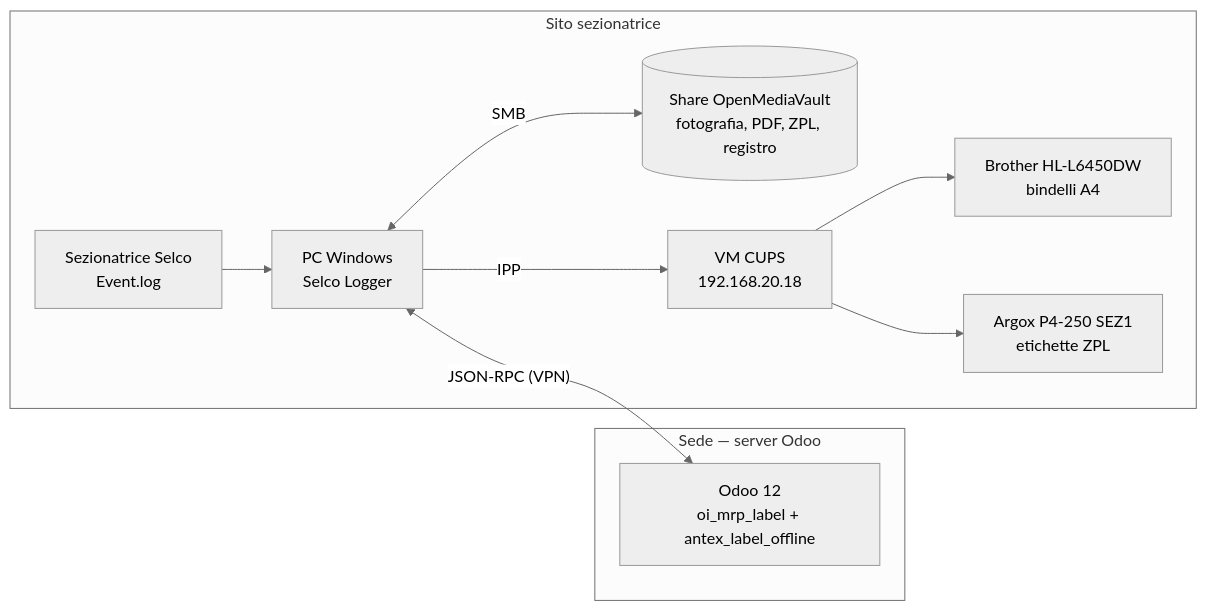
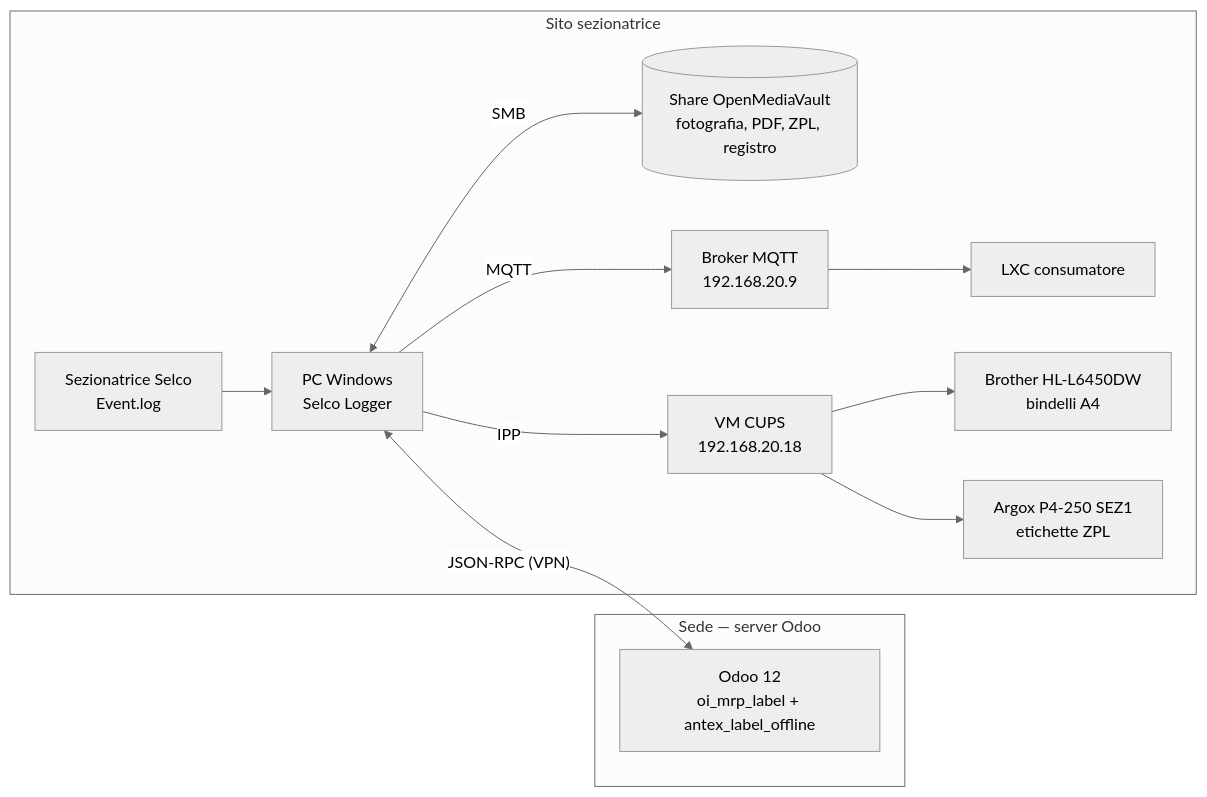
One commit to antexsrl/selco_offline changed the second of 4 diagrams in docs/progetto.md. Above: the diagram before and after it, drawn with Mermaid (neutral theme). The commit also changed other lines of this file and 9 other files, not shown here.

````diff
--- a/docs/progetto.md
+++ b/docs/progetto.md
@@ -110,20 +111,24 @@
 ```mermaid
 flowchart LR
     subgraph SEDE["Sede — server Odoo"]
         ODOO["Odoo 12<br/>oi_mrp_label + antex_label_offline"]
     end
     subgraph SITO["Sito sezionatrice"]
         SELCO["Sezionatrice Selco<br/>Event.log"]
         PC["PC Windows<br/>Selco Logger"]
         OMV[("Share OpenMediaVault<br/>fotografia, PDF, ZPL, registro")]
         CUPS["VM CUPS<br/>192.168.20.18"]
+        MQTT["Broker MQTT<br/>192.168.20.9"]
+        LXC["LXC consumatore"]
         BRO["Brother HL-L6450DW<br/>bindelli A4"]
         ARG["Argox P4-250 SEZ1<br/>etichette ZPL"]
     end
     SELCO --> PC
     PC <-- "JSON-RPC (VPN)" --> ODOO
     PC <-- "SMB" --> OMV
     PC -- "IPP" --> CUPS
+    PC -- "MQTT" --> MQTT
+    MQTT --> LXC
     CUPS --> BRO
     CUPS --> ARG
 ```
````
